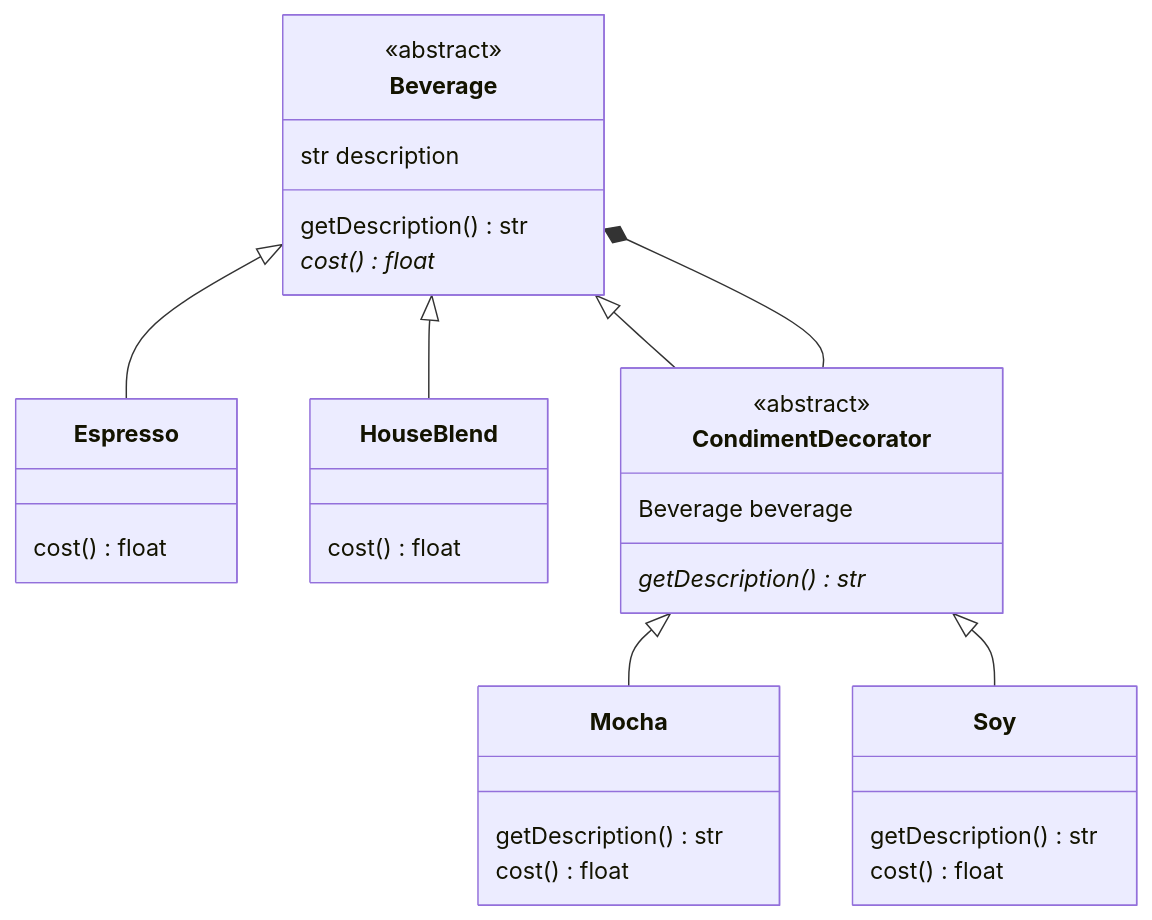
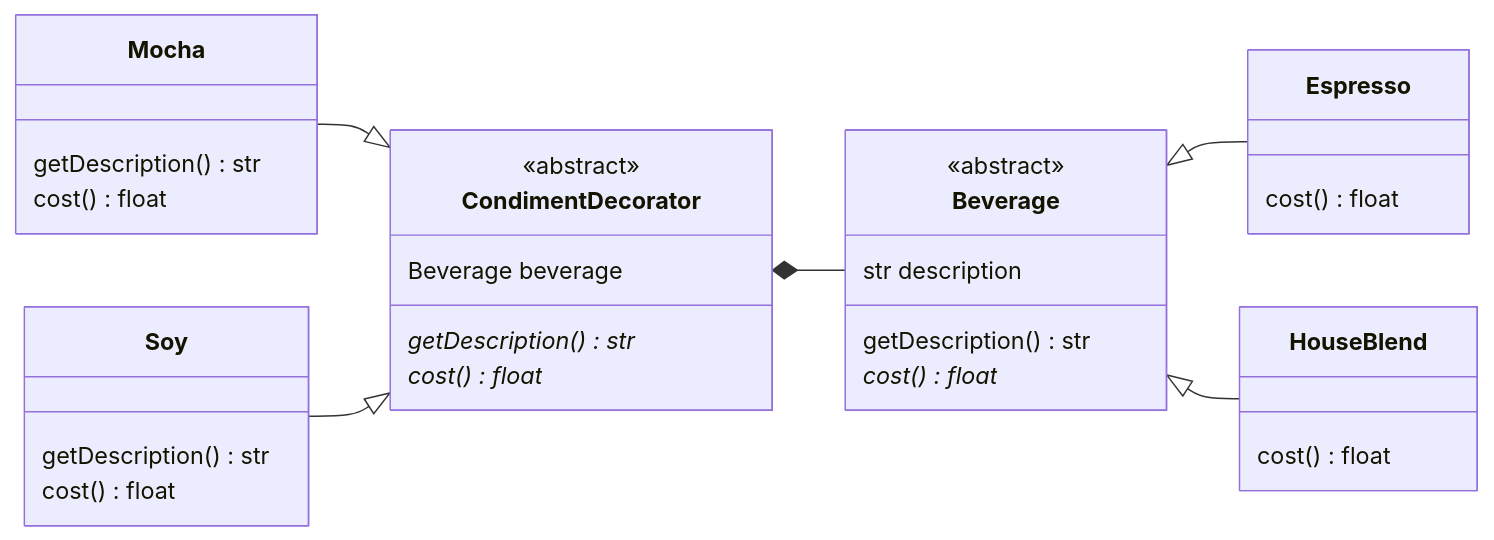
Before and after one commit to tiaz0128/design-pattern-in-python: the diagram in src/decorate/UML.md, drawn with Mermaid. The commit also changed 3 other files, not shown here.

````diff
--- a/src/decorate/UML.md
+++ b/src/decorate/UML.md
@@ -1,51 +1,53 @@
 ```mermaid 
 classDiagram
-    direction BT
+    direction LR
 
     class Beverage {
         <<abstract>>           
         
         str description
 
         getDescription() str
         cost()* float
     }
 
     class Espresso {
         cost() float
 
     }
 
     class HouseBlend {
         cost() float
     }
 
-    Espresso --|> Beverage
-    HouseBlend --|> Beverage
+    CondimentDecorator *-- Beverage
+
+    Beverage <|-- Espresso
+    Beverage <|-- HouseBlend
 
 
     class CondimentDecorator {
         <<abstract>>
 
         Beverage beverage
         getDescription()* str
+        cost()* float
     }
 
-    CondimentDecorator --|> Beverage
-    CondimentDecorator --* Beverage
+    
 
     class Mocha {
         getDescription() str
         cost() float
     }    
 
 
     class Soy {
         getDescription() str
         cost() float
     }
 
     Mocha --|> CondimentDecorator
     Soy --|> CondimentDecorator
 
 ```
````
